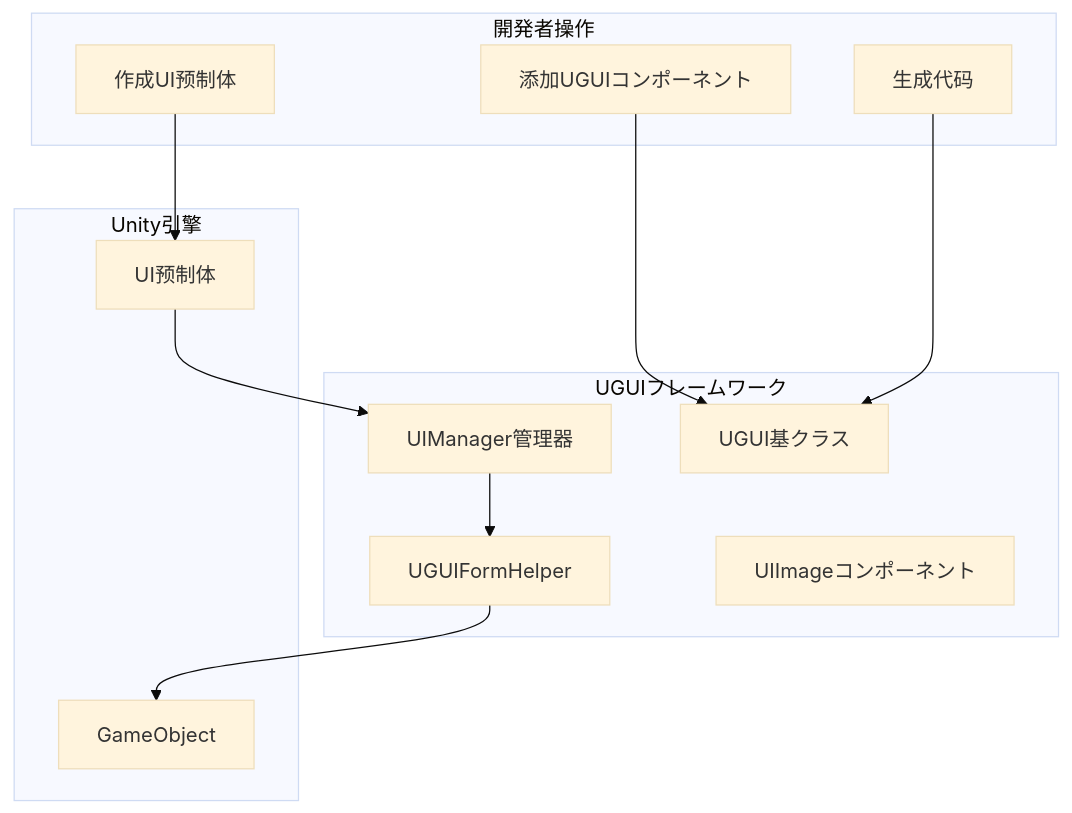
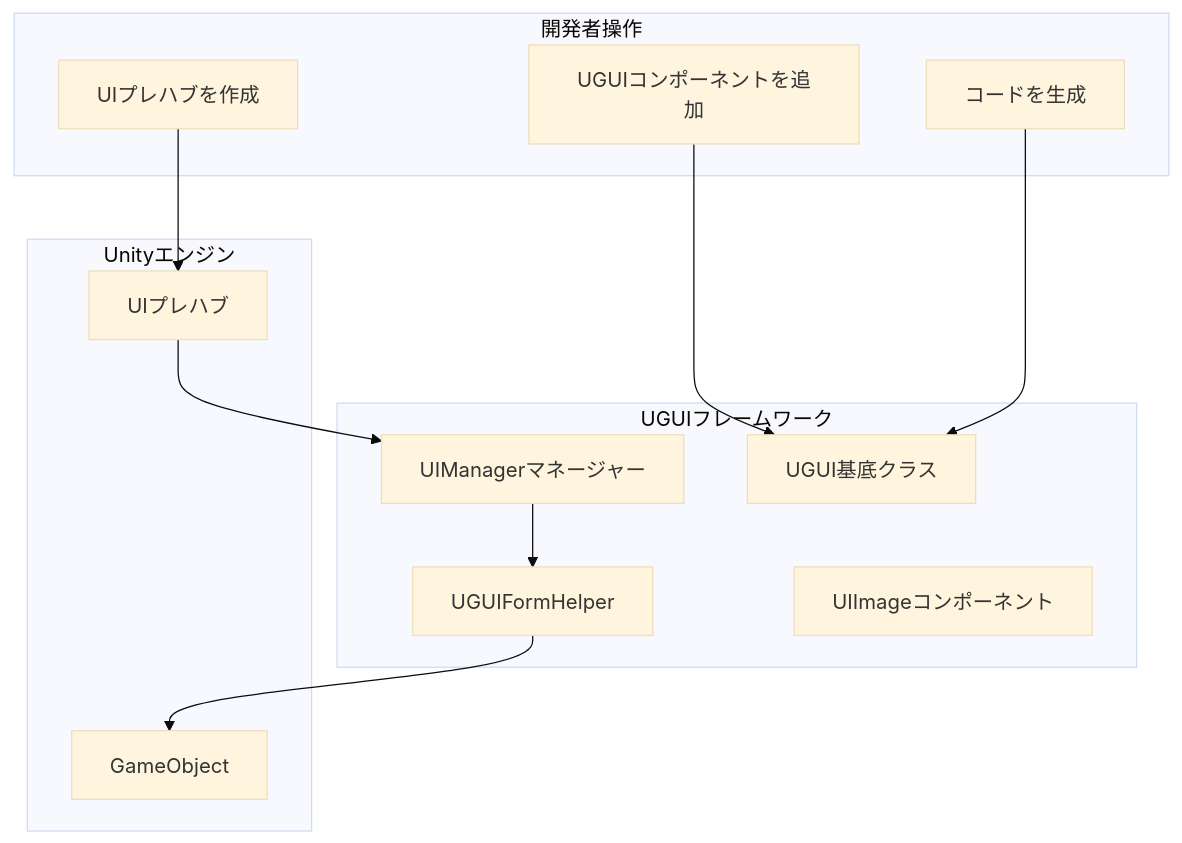
The first of 2 diagrams in docs/ja/client/unity/component/ui-ugui/13.create-ui.md (AlianBlank/GameFrameX.Docs), drawn with Mermaid (base theme) before and after one commit. The commit also changed other lines of this file and 320 other files, not shown here.

````diff
--- a/docs/ja/client/unity/component/ui-ugui/13.create-ui.md
+++ b/docs/ja/client/unity/component/ui-ugui/13.create-ui.md
@@ -15,27 +15,27 @@
 ```mermaid
 flowchart TD
     subgraph Developer["開発者操作"]
-        CreatePrefab[作成UI预制体]
-        AddUGUI[添加UGUIコンポーネント]
-        GenerateCode[生成代码]
+        CreatePrefab[UIプレハブを作成]
+        AddUGUI[UGUIコンポーネントを追加]
+        GenerateCode[コードを生成]
     end
 
     subgraph UGUI["UGUIフレームワーク"]
-        UGUIClass[UGUI基クラス]
-        UIManager[UIManager管理器]
+        UGUIClass[UGUI基底クラス]
+        UIManager[UIManagerマネージャー]
         UGUIFormHelper[UGUIFormHelper]
         UIImage[UIImageコンポーネント]
     end
 
-    subgraph Unity["Unity引擎"]
-        Prefab[UI预制体]
+    subgraph Unity["Unityエンジン"]
+        Prefab[UIプレハブ]
         GameObject[GameObject]
     end
 
     CreatePrefab --> Prefab
     AddUGUI --> UGUIClass
     GenerateCode --> UGUIClass
     Prefab --> UIManager
     UIManager --> UGUIFormHelper
     UGUIFormHelper --> GameObject
 ```
````
